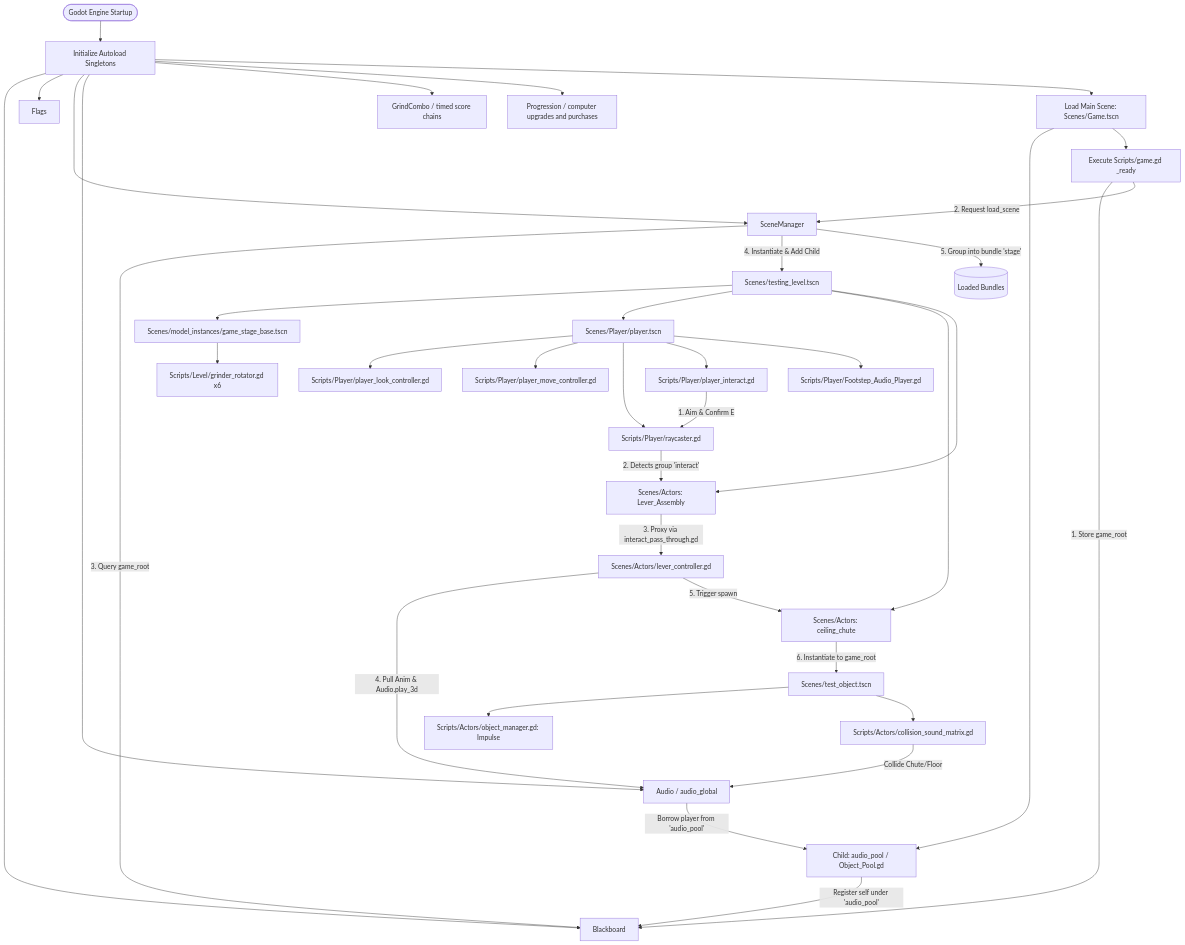
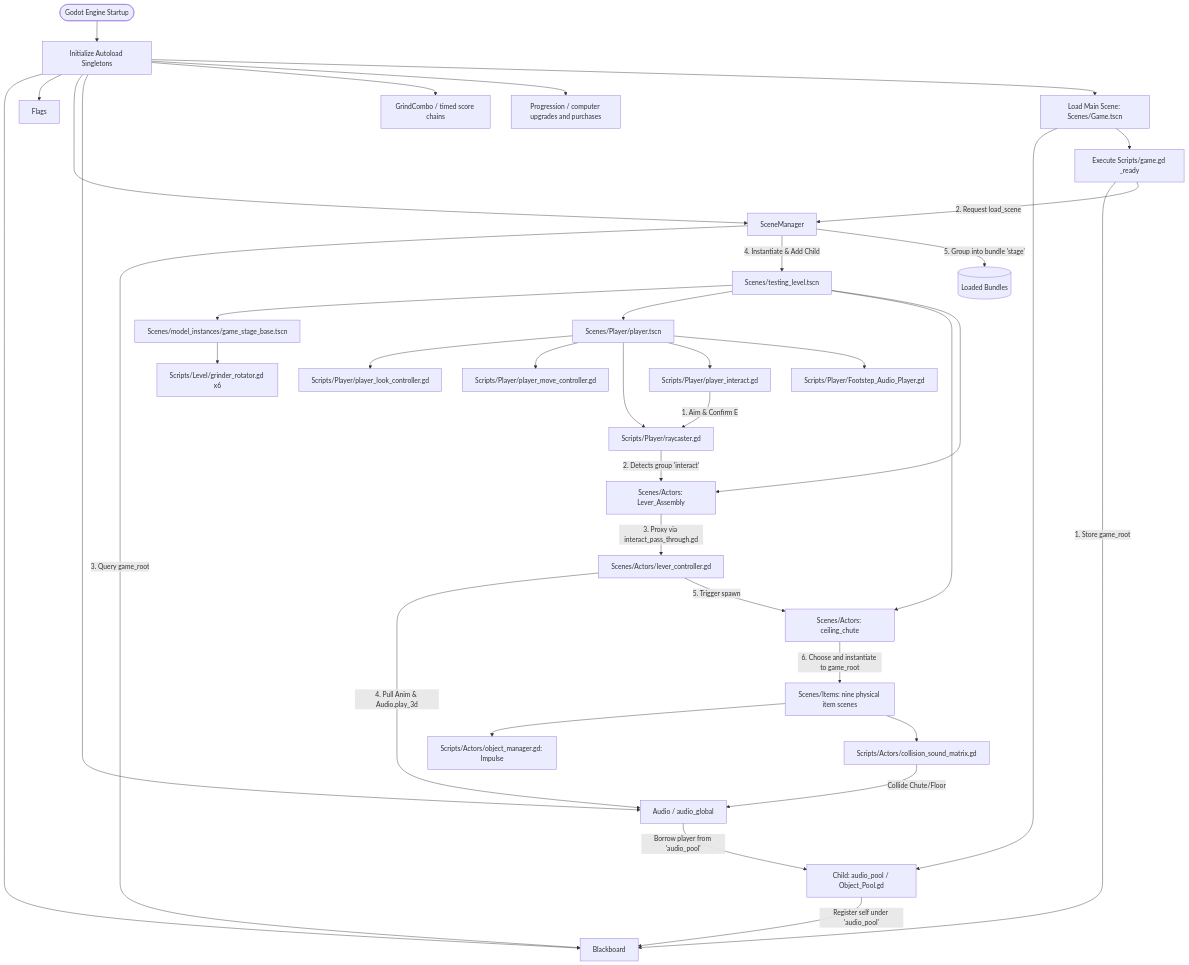
The diagram in README.md (CoolBeanGames/Remnant-GD), drawn with Mermaid before and after one commit. The commit also changed other lines of this file and 803 other files, not shown here.

````diff
--- a/README.md
+++ b/README.md
@@ -91,47 +99,47 @@
 ```mermaid
 flowchart TD
     Boot([Godot Engine Startup]) --> Autoloads[Initialize Autoload Singletons]
     Autoloads --> BB[Blackboard]
     Autoloads --> FL[Flags]
     Autoloads --> SM[SceneManager]
     Autoloads --> AG[Audio / audio_global]
     Autoloads --> GC[GrindCombo / timed score chains]
     Autoloads --> PR[Progression / computer upgrades and purchases]
 
     Autoloads --> MainScene[Load Main Scene: Scenes/Game.tscn]
     MainScene --> PoolNode[Child: audio_pool / Object_Pool.gd]
     MainScene --> GameScript[Execute Scripts/game.gd _ready]
 
     PoolNode -->|Register self under 'audio_pool'| BB
     GameScript -->|1. Store game_root| BB
     GameScript -->|2. Request load_scene| SM
 
     SM -->|3. Query game_root| BB
     SM -->|4. Instantiate & Add Child| TestLevel[Scenes/testing_level.tscn]
     SM -->|5. Group into bundle 'stage'| BundleRegister[(Loaded Bundles)]
 
     TestLevel --> StageMesh[Scenes/model_instances/game_stage_base.tscn]
     TestLevel --> PlayerActor[Scenes/Player/player.tscn]
     TestLevel --> CeilingChute[Scenes/Actors: ceiling_chute]
     TestLevel --> LeverAssembly[Scenes/Actors: Lever_Assembly]
 
     StageMesh --> Grinders[Scripts/Level/grinder_rotator.gd x6]
 
     PlayerActor --> LookCtrl[Scripts/Player/player_look_controller.gd]
     PlayerActor --> MoveCtrl[Scripts/Player/player_move_controller.gd]
     PlayerActor --> Raycast[Scripts/Player/raycaster.gd]
     PlayerActor --> InteractCtrl[Scripts/Player/player_interact.gd]
     PlayerActor --> Footsteps[Scripts/Player/Footstep_Audio_Player.gd]
 
     InteractCtrl -->|1. Aim & Confirm E| Raycast
     Raycast -->|2. Detects group 'interact'| LeverAssembly
     LeverAssembly -->|3. Proxy via interact_pass_through.gd| LeverCtrl[Scenes/Actors/lever_controller.gd]
     LeverCtrl -->|4. Pull Anim & Audio.play_3d| AG
     LeverCtrl -->|5. Trigger spawn| CeilingChute
-    CeilingChute -->|6. Instantiate to game_root| TestObject[Scenes/test_object.tscn]
+    CeilingChute -->|6. Choose and instantiate to game_root| TestObject[Scenes/Items: nine physical item scenes]
 
     TestObject --> ObjManager[Scripts/Actors/object_manager.gd: Impulse]
     TestObject --> SoundMatrix[Scripts/Actors/collision_sound_matrix.gd]
     SoundMatrix -->|Collide Chute/Floor| AG
     AG -->|Borrow player from 'audio_pool'| PoolNode
 ```
````
